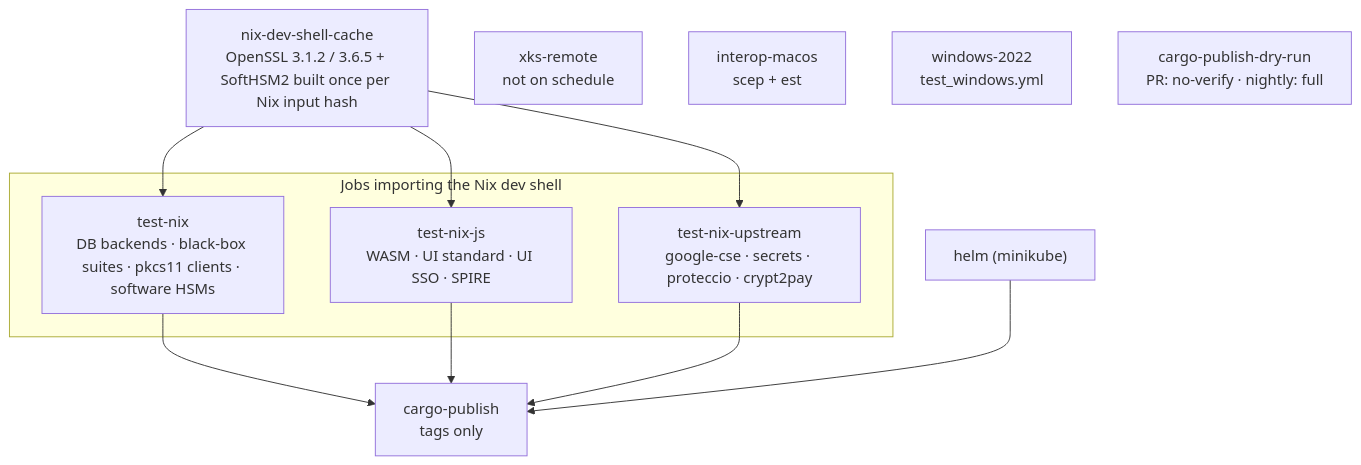
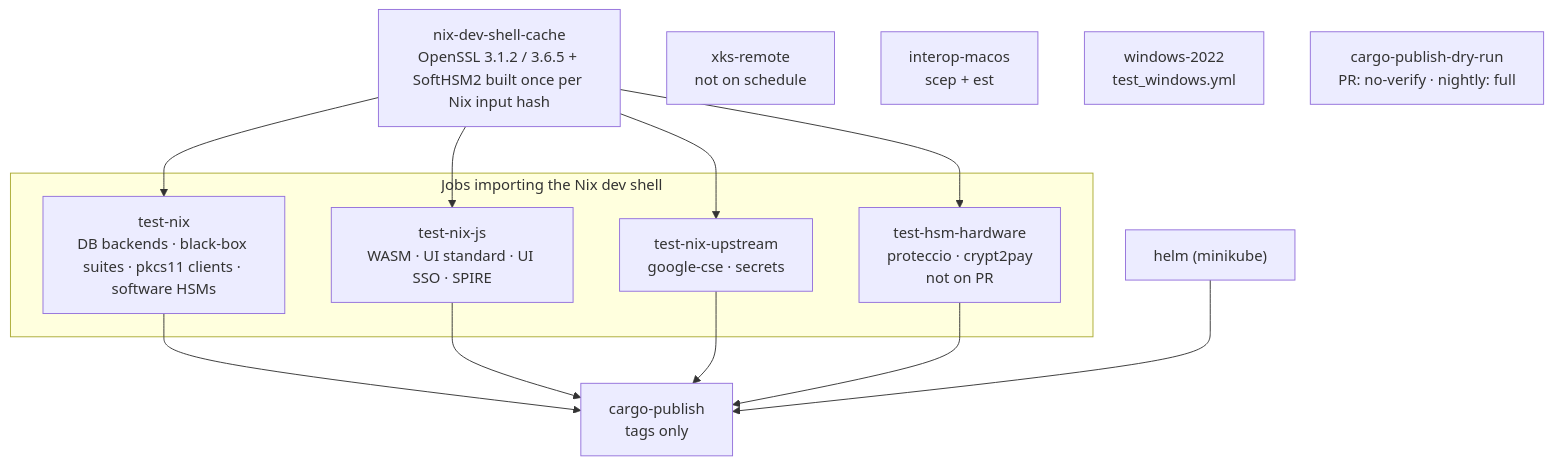
The third of 3 diagrams in .github/workflows/README_main.md (Cosmian/kms), drawn with Mermaid before and after one commit. The commit also changed other lines of this file and 4 other files, not shown here.

````diff
--- a/.github/workflows/README_main.md
+++ b/.github/workflows/README_main.md
@@ -59,17 +59,18 @@
 ```mermaid
 flowchart TB
     Cache["nix-dev-shell-cache<br/>OpenSSL 3.1.2 / 3.6.5 + SoftHSM2 built once per Nix input hash"]
     subgraph NixJobs["Jobs importing the Nix dev shell"]
         TestNix["test-nix<br/>DB backends · black-box suites · pkcs11 clients · software HSMs"]
         TestJs["test-nix-js<br/>WASM · UI standard · UI SSO · SPIRE"]
-        Upstream["test-nix-upstream<br/>google-cse · secrets · proteccio · crypt2pay"]
+        Upstream["test-nix-upstream<br/>google-cse · secrets"]
+        Hsm["test-hsm-hardware<br/>proteccio · crypt2pay<br/>not on PR"]
     end
-    Cache --> TestNix & TestJs & Upstream
+    Cache --> TestNix & TestJs & Upstream & Hsm
     Helm["helm (minikube)"]
     Xks["xks-remote<br/>not on schedule"]
     Mac["interop-macos<br/>scep + est"]
     Win["windows-2022<br/>test_windows.yml"]
     DryRun["cargo-publish-dry-run<br/>PR: no-verify · nightly: full"]
     Publish["cargo-publish<br/>tags only"]
-    TestNix & TestJs & Upstream & Helm --> Publish
+    TestNix & TestJs & Upstream & Hsm & Helm --> Publish
 ```
````
